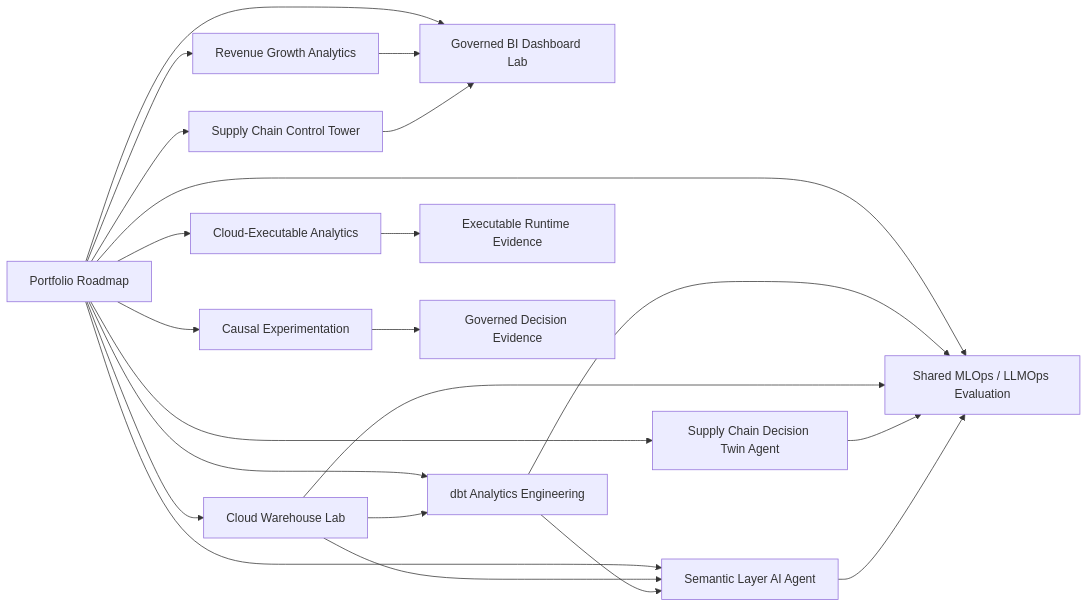
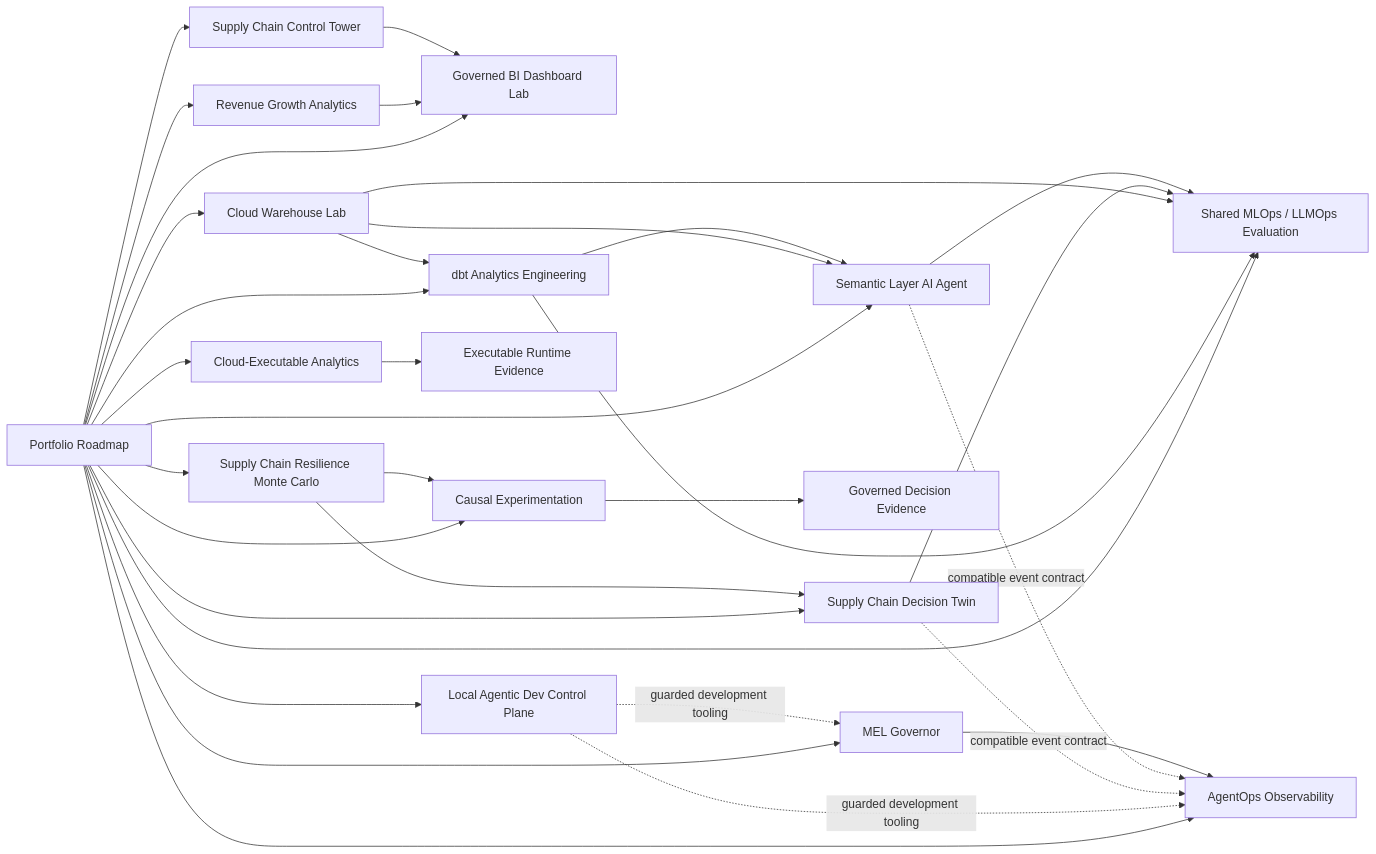
Before and after one commit to net421/net421: the diagram in README.md, drawn with Mermaid. The commit also changed other lines of this file, not shown here.

````diff
--- a/README.md
+++ b/README.md
@@ -17,27 +17,42 @@
 ```mermaid
 flowchart LR
     R[Portfolio Roadmap]
 
     CT[Supply Chain Control Tower] --> BI[Governed BI Dashboard Lab]
     REV[Revenue Growth Analytics] --> BI
     WH[Cloud Warehouse Lab] --> DBT[dbt Analytics Engineering]
     DBT --> SA[Semantic Layer AI Agent]
     WH --> SA
     SA --> EV[Shared MLOps / LLMOps Evaluation]
-    DT[Supply Chain Decision Twin Agent] --> EV
+    DT[Supply Chain Decision Twin] --> EV
     WH --> EV
     DBT --> EV
+
+    MC[Supply Chain Resilience Monte Carlo] --> DT
+    MC --> CAUSAL[Causal Experimentation]
+    CAUSAL --> DEC[Governed Decision Evidence]
+
+    MEL[MEL Governor] --> AOPS[AgentOps Observability]
+    SA -. compatible event contract .-> AOPS
+    DT -. compatible event contract .-> AOPS
+
+    DEV[Local Agentic Dev Control Plane] -. guarded development tooling .-> MEL
+    DEV -. guarded development tooling .-> AOPS
+
     CE[Cloud-Executable Analytics] --> RUN[Executable Runtime Evidence]
-    CAUSAL[Causal Experimentation] --> DEC[Governed Decision Evidence]
 
     R --> CT
     R --> REV
     R --> WH
     R --> DBT
     R --> BI
+    R --> MC
     R --> SA
     R --> DT
     R --> EV
+    R --> CAUSAL
     R --> CE
-    R --> CAUSAL
+    R --> MEL
+    R --> AOPS
+    R --> DEV
 ```
````
